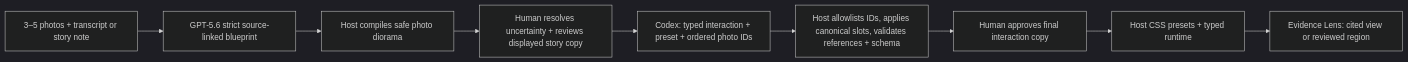
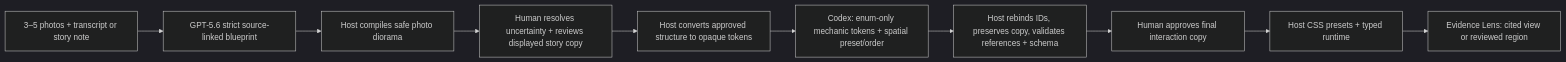
The diagram in README.md (gn00295120/keepscape), drawn with Mermaid (dark theme) before and after one commit. The commit also changed other lines of this file and 15 other files, not shown here.

Commit message:
fix(security): harden opaque Codex build boundary

````diff
--- a/README.md
+++ b/README.md
@@ -135,11 +142,12 @@
 ```mermaid
 flowchart LR
   A[3–5 photos + transcript or story note] --> B[GPT-5.6 strict source-linked blueprint]
   B --> C[Host compiles safe photo diorama]
   C --> D[Human resolves uncertainty + reviews displayed story copy]
-  D --> E[Codex: typed interaction + preset + ordered photo IDs]
-  E --> F[Host allowlists IDs, applies canonical slots, validates references + schema]
-  F --> G[Human approves final interaction copy]
-  G --> H[Host CSS presets + typed runtime]
-  H --> I[Evidence Lens: cited view or reviewed region]
+  D --> E[Host converts approved structure to opaque tokens]
+  E --> F[Codex: enum-only mechanic tokens + spatial preset/order]
+  F --> G[Host rebinds IDs, preserves copy, validates references + schema]
+  G --> H[Human approves final interaction copy]
+  H --> I[Host CSS presets + typed runtime]
+  I --> J[Evidence Lens: cited view or reviewed region]
 ```
````
